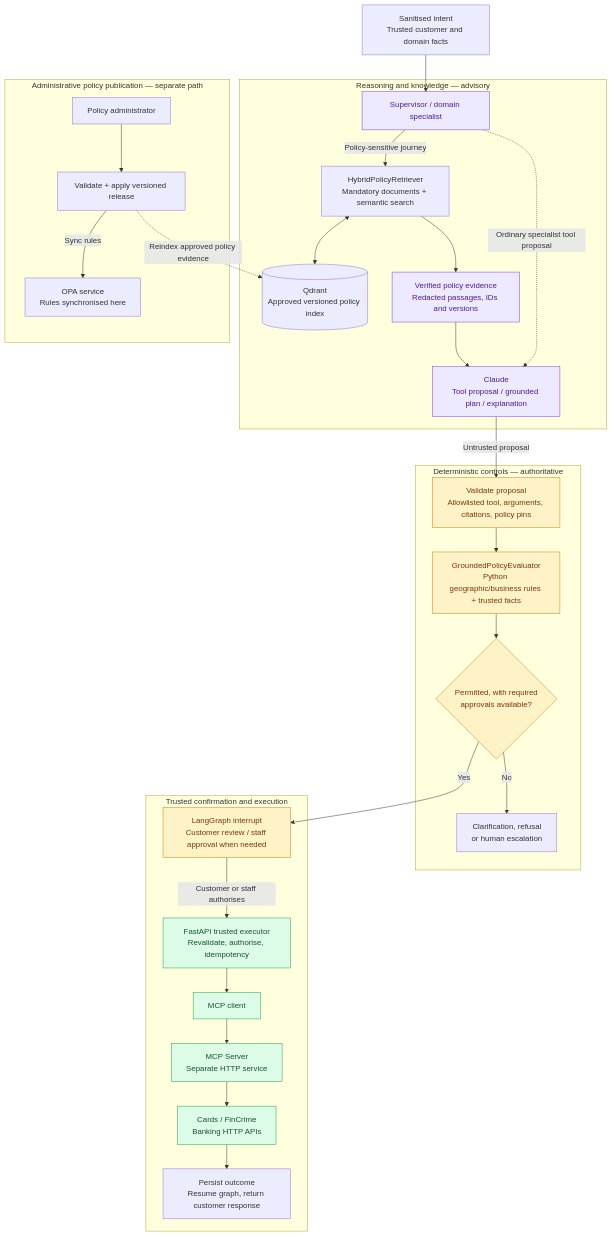
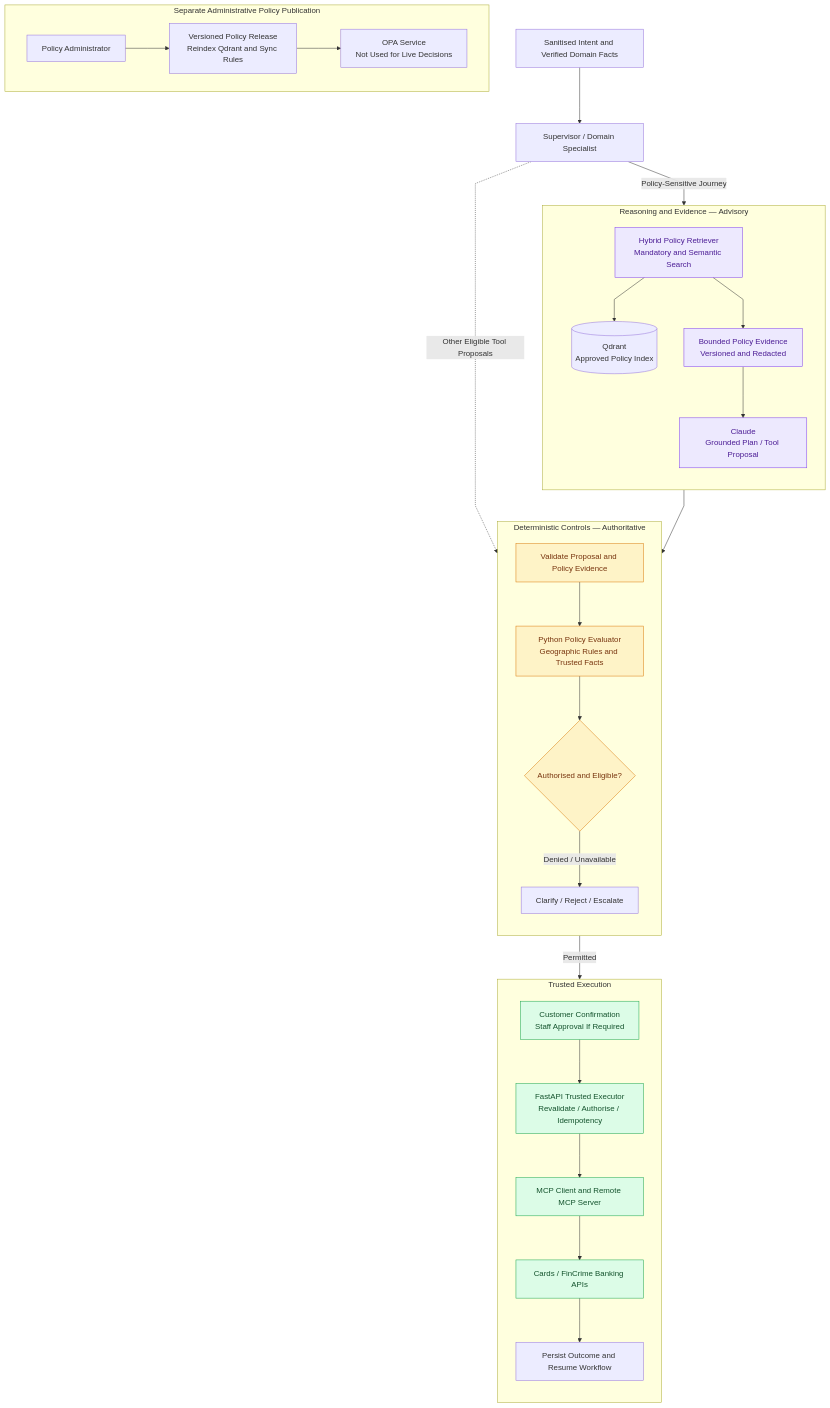
Before and after one commit to kishoreakaveeti/CardServicing: the fourth of 4 diagrams in docs/reference_architecture.md, drawn with Mermaid. The commit also changed other lines of this file, not shown here.

````diff
--- a/docs/reference_architecture.md
+++ b/docs/reference_architecture.md
@@ -290,59 +157,48 @@
 ```mermaid
+%%{init: {"flowchart": {"curve": "linear", "nodeSpacing": 55, "rankSpacing": 65}}}%%
 flowchart TB
-    Request["Sanitised intent<br/>Trusted customer and domain facts"]
+    Intent["Sanitised Intent and Verified Domain Facts"] --> Agent["Supervisor / Domain Specialist"]
 
-    subgraph Reasoning["Reasoning and knowledge — advisory"]
-        Agent["Supervisor / domain specialist"]
-        Retrieval["HybridPolicyRetriever<br/>Mandatory documents + semantic search"]
-        Qdrant[("Qdrant<br/>Approved versioned policy index")]
-        Evidence["Verified policy evidence<br/>Redacted passages, IDs and versions"]
-        LLM["Claude<br/>Tool proposal / grounded plan / explanation"]
-
-        Agent -->|"Policy-sensitive journey"| Retrieval
-        Retrieval <--> Qdrant
-        Retrieval --> Evidence --> LLM
+    subgraph Reasoning["Reasoning and Evidence — Advisory"]
+        direction TB
+        Retrieve["Hybrid Policy Retriever<br/>Mandatory and Semantic Search"]
+        Qdrant[("Qdrant<br/>Approved Policy Index")]
+        Evidence["Bounded Policy Evidence<br/>Versioned and Redacted"]
+        Model["Claude<br/>Grounded Plan / Tool Proposal"]
+        Retrieve --> Qdrant
+        Retrieve --> Evidence --> Model
     end
 
-    subgraph Deterministic["Deterministic controls — authoritative"]
-        Validation["Validate proposal<br/>Allowlisted tool, arguments, citations, policy pins"]
-        Rules["GroundedPolicyEvaluator<br/>Python geographic/business rules + trusted facts"]
-        Decision{"Permitted, with required<br/>approvals available?"}
-        Deny["Clarification, refusal<br/>or human escalation"]
-
-        Validation --> Rules --> Decision
-        Decision -->|"No"| Deny
+    subgraph Controls["Deterministic Controls — Authoritative"]
+        direction TB
+        Validate["Validate Proposal and Policy Evidence"] --> Evaluate["Python Policy Evaluator<br/>Geographic Rules and Trusted Facts"]
+        Evaluate --> Decision{"Authorised and Eligible?"}
+        Decision -->|"Denied / Unavailable"| Safe["Clarify / Reject / Escalate"]
     end
 
-    subgraph Trusted["Trusted confirmation and execution"]
-        Pause["LangGraph interrupt<br/>Customer review / staff approval when needed"]
-        Execute["FastAPI trusted executor<br/>Revalidate, authorise, idempotency"]
-        Client["MCP client"]
-        Server["MCP Server<br/>Separate HTTP service"]
-        APIs["Cards / FinCrime<br/>Banking HTTP APIs"]
-        Resume["Persist outcome<br/>Resume graph, return customer response"]
-
-        Pause -->|"Customer or staff authorises"| Execute
-        Execute --> Client --> Server --> APIs --> Resume
+    subgraph Execution["Trusted Execution"]
+        direction TB
+        Approval["Customer Confirmation<br/>Staff Approval If Required"] --> Executor["FastAPI Trusted Executor<br/>Revalidate / Authorise / Idempotency"]
+        Executor --> MCP["MCP Client and Remote MCP Server"]
+        MCP --> Banking["Cards / FinCrime Banking APIs"]
+        Banking --> Result["Persist Outcome and Resume Workflow"]
     end
 
-    Request --> Agent
-    Agent -.->|"Ordinary specialist tool proposal"| LLM
-    LLM -->|"Untrusted proposal"| Validation
-    Decision -->|"Yes"| Pause
-
-    subgraph Publication["Administrative policy publication — separate path"]
-        Admin["Policy administrator"]
-        Release["Validate + apply versioned release"]
-        OPA["OPA service<br/>Rules synchronised here"]
-        Admin --> Release -->|"Sync rules"| OPA
+    subgraph Publication["Separate Administrative Policy Publication"]
+        direction LR
+        Admin["Policy Administrator"] --> Release["Versioned Policy Release<br/>Reindex Qdrant and Sync Rules"]
+        Release --> OPA["OPA Service<br/>Not Used for Live Decisions"]
     end
 
-    Release -.->|"Reindex approved policy evidence"| Qdrant
+    Agent -->|"Policy-Sensitive Journey"| Retrieve
+    Agent -.->|"Other Eligible Tool Proposals"| Validate
+    Model --> Validate
+    Decision -->|"Permitted"| Approval
 
-    classDef ai fill:#ede9fe,stroke:#7c3aed,color:#4c1d95
-    classDef guard fill:#fef3c7,stroke:#d97706,color:#78350f
-    classDef exec fill:#dcfce7,stroke:#16a34a,color:#14532d
-    class LLM,Agent,Evidence ai
-    class Validation,Rules,Decision,Pause guard
-    class Execute,Client,Server,APIs exec
+    classDef advisory fill:#ede9fe,stroke:#7c3aed,color:#4c1d95
+    classDef control fill:#fef3c7,stroke:#d97706,color:#78350f
+    classDef trusted fill:#dcfce7,stroke:#16a34a,color:#14532d
+    class Retrieve,Evidence,Model advisory
+    class Validate,Evaluate,Decision control
+    class Approval,Executor,MCP,Banking trusted
 ```
````
